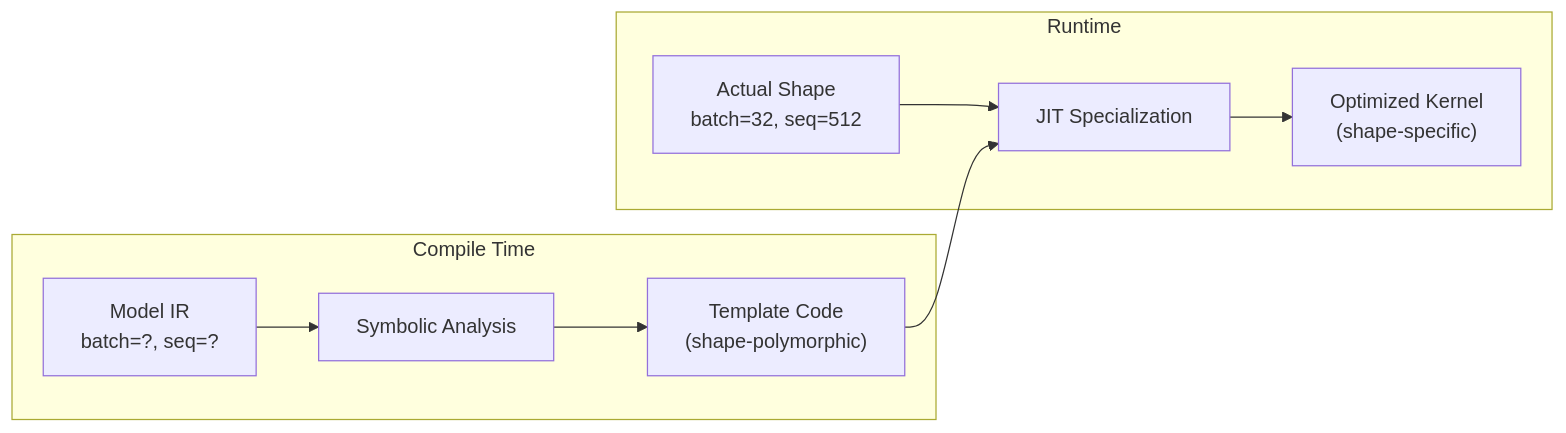
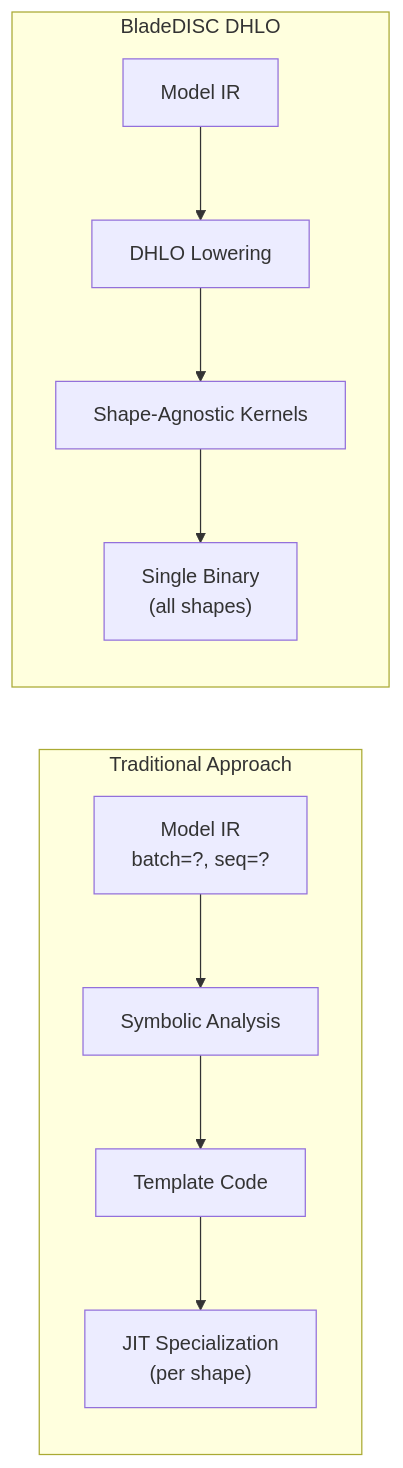
Before and after one commit to srikantharun/srikantharun.github.io: the third of 10 diagrams in dynamic-shapes.md, drawn with Mermaid. The commit also changed other lines of this file, not shown here.

First line of the commit message:
docs: update dynamic shapes blog with 2025 techniques

````diff
--- a/dynamic-shapes.md
+++ b/dynamic-shapes.md
@@ -72,14 +76,14 @@
 ```mermaid
 flowchart LR
-    subgraph "Compile Time"
+    subgraph "Traditional Approach"
         A["Model IR<br/>batch=?, seq=?"] --> B["Symbolic Analysis"]
-        B --> C["Template Code<br/>(shape-polymorphic)"]
+        B --> C["Template Code"]
+        C --> D["JIT Specialization<br/>(per shape)"]
     end
 
-    subgraph "Runtime"
-        D["Actual Shape<br/>batch=32, seq=512"] --> E["JIT Specialization"]
-        E --> F["Optimized Kernel<br/>(shape-specific)"]
+    subgraph "BladeDISC DHLO"
+        E["Model IR"] --> F["DHLO Lowering"]
+        F --> G["Shape-Agnostic Kernels"]
+        G --> H["Single Binary<br/>(all shapes)"]
     end
-
-    C --> E
 ```
````
